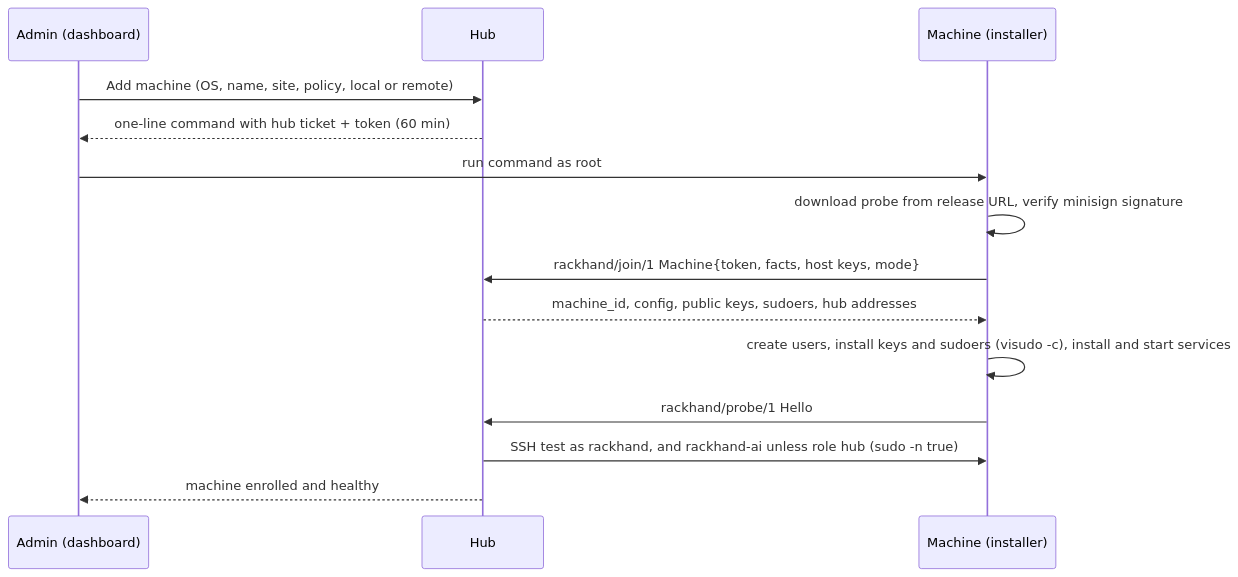
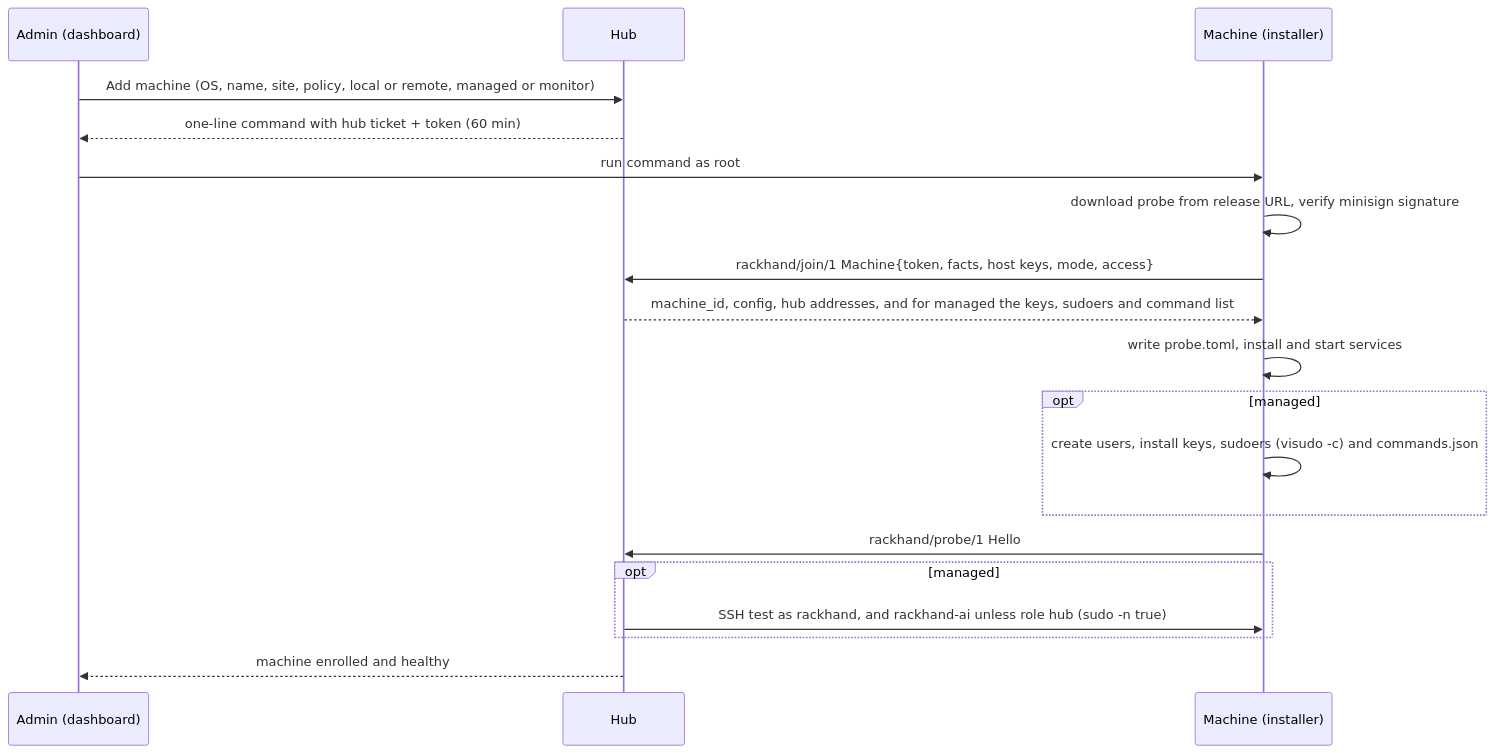
Before and after one commit to StrangeMatterStudio/Rackhand: the third of 7 diagrams in docs/designs/0001-architecture/design.md, drawn with Mermaid. The commit also changed other lines of this file, not shown here.

First line of the commit message:
Design 0001: third review revision (monitor level, helper boundary, rule timing, D87 to D104)

````diff
--- a/docs/designs/0001-architecture/design.md
+++ b/docs/designs/0001-architecture/design.md
@@ -741,16 +876,21 @@
 ```mermaid
 sequenceDiagram
   participant U as Admin (dashboard)
   participant H as Hub
   participant M as Machine (installer)
-  U->>H: Add machine (OS, name, site, policy, local or remote)
+  U->>H: Add machine (OS, name, site, policy, local or remote, managed or monitor)
   H-->>U: one-line command with hub ticket + token (60 min)
   U->>M: run command as root
   M->>M: download probe from release URL, verify minisign signature
-  M->>H: rackhand/join/1 Machine{token, facts, host keys, mode}
-  H-->>M: machine_id, config, public keys, sudoers, hub addresses
-  M->>M: create users, install keys and sudoers (visudo -c), install and start services
+  M->>H: rackhand/join/1 Machine{token, facts, host keys, mode, access}
+  H-->>M: machine_id, config, hub addresses, and for managed the keys, sudoers and command list
+  M->>M: write probe.toml, install and start services
+  opt managed
+    M->>M: create users, install keys, sudoers (visudo -c) and commands.json
+  end
   M->>H: rackhand/probe/1 Hello
-  H->>M: SSH test as rackhand, and rackhand-ai unless role hub (sudo -n true)
+  opt managed
+    H->>M: SSH test as rackhand, and rackhand-ai unless role hub (sudo -n true)
+  end
   H-->>U: machine enrolled and healthy
 ```
````
